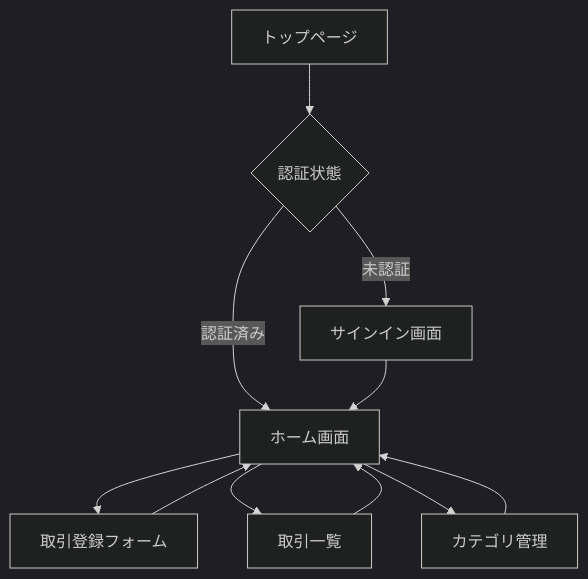
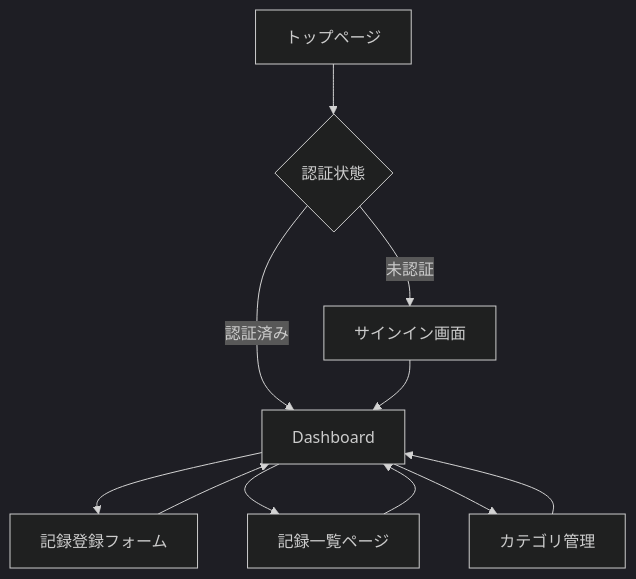
One commit to sugawara-kouki/week-kakeibo changed the second of 3 diagrams in .kiro/specs/weekly-kakeibo-app/basic-design.md. Above: the diagram before and after it, drawn with Mermaid (dark theme). The commit also changed other lines of this file and 5 other files, not shown here.

````diff
--- a/.kiro/specs/weekly-kakeibo-app/basic-design.md
+++ b/.kiro/specs/weekly-kakeibo-app/basic-design.md
@@ -190,13 +234,13 @@
 ```mermaid
 graph TD
     A[トップページ] --> B{認証状態}
     B -->|未認証| C[サインイン画面]
-    B -->|認証済み| D[ホーム画面]
+    B -->|認証済み| D[Dashboard]
     C --> D
-    D --> E[取引登録フォーム]
-    D --> F[取引一覧]
+    D --> E[記録登録フォーム]
+    D --> F[記録一覧ページ]
     D --> G[カテゴリ管理]
     E --> D
     F --> D
     G --> D
 ```
````
